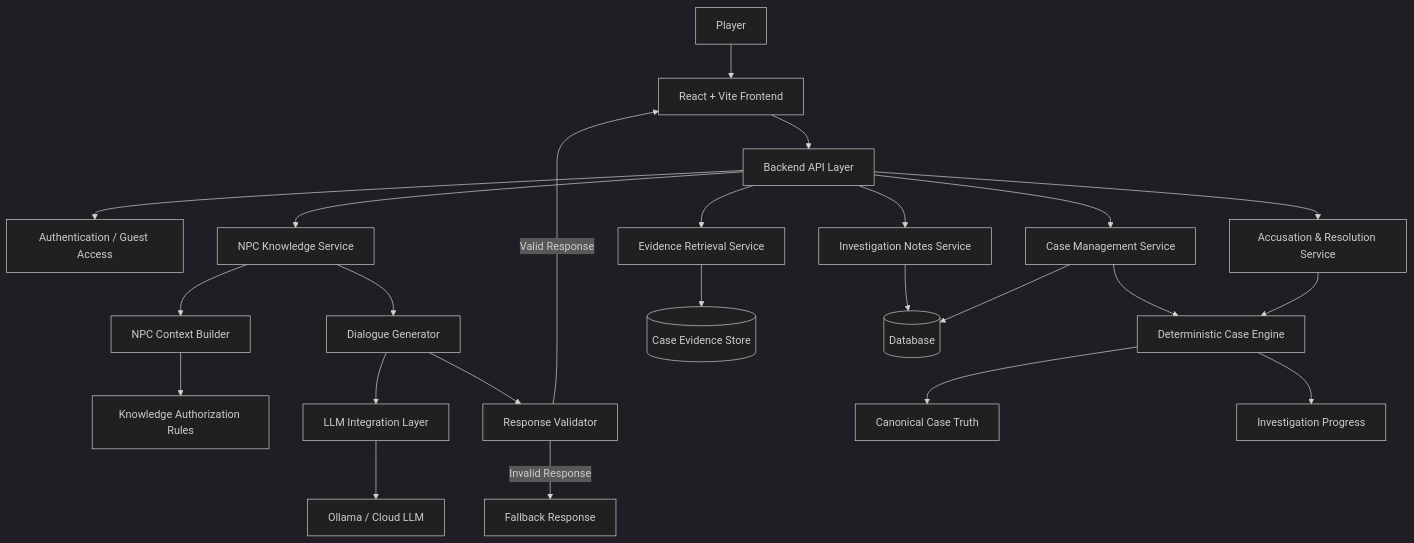
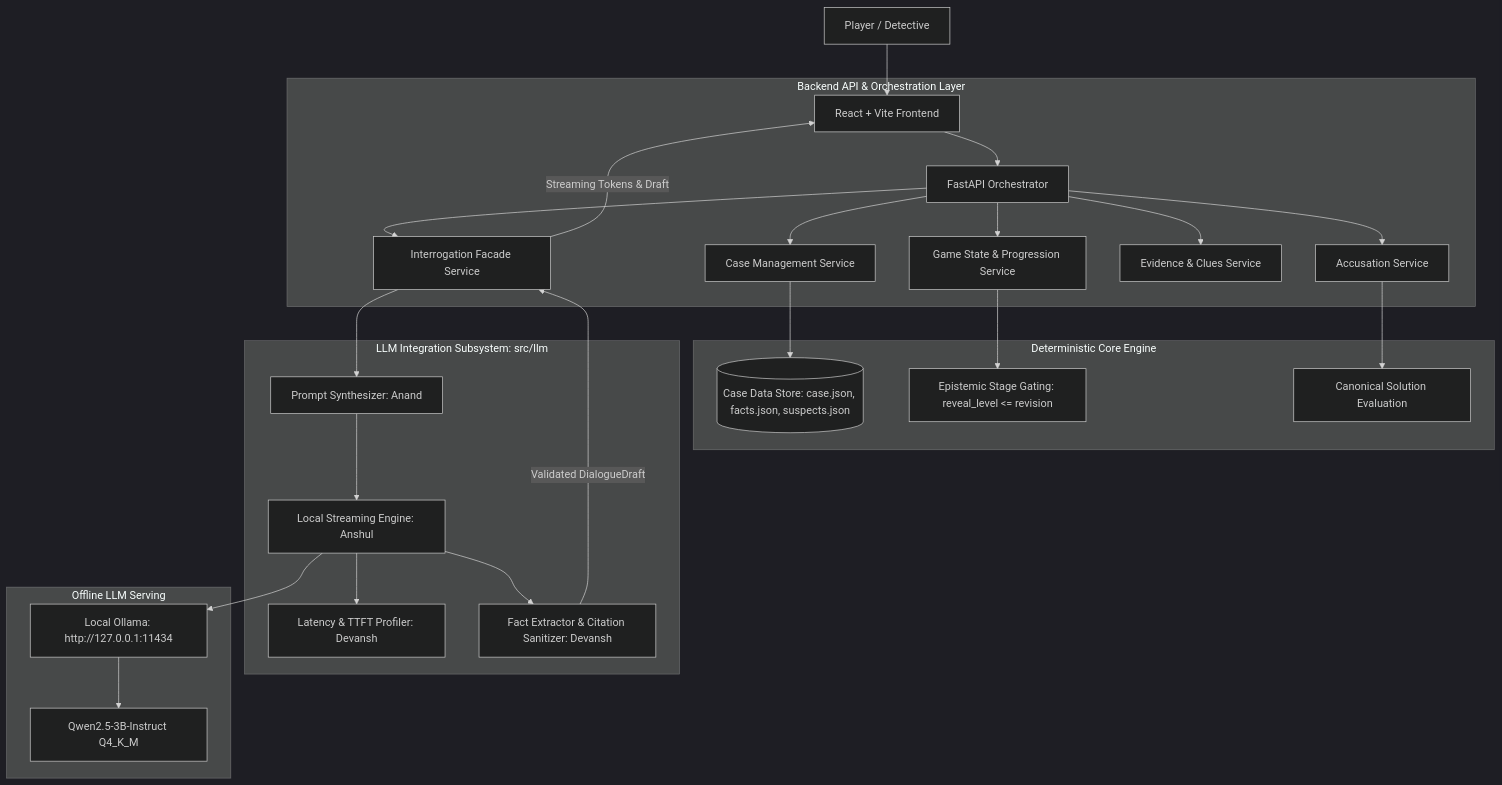
The diagram in README.md (LNCT-Quantum/red_thread), drawn with Mermaid (dark theme) before and after one commit. The commit also changed other lines of this file and 9 other files, not shown here.

Commit message:
llm integration 3 module compilation

````diff
--- a/README.md
+++ b/README.md
@@ -67,32 +58,34 @@
 ```mermaid
 flowchart TB
-    User[Player] --> UI[React + Vite Frontend]
+    User[Player / Detective] --> UI[React + Vite Frontend]
 
-    UI --> API[Backend API Layer]
-    API --> Auth[Authentication / Guest Access]
-    API --> Case[Case Management Service]
-    API --> NPC[NPC Knowledge Service]
-    API --> Evidence[Evidence Retrieval Service]
-    API --> Notes[Investigation Notes Service]
-    API --> Accusation[Accusation & Resolution Service]
+    subgraph Backend [Backend API & Orchestration Layer]
+        UI --> API[FastAPI Orchestrator]
+        API --> CaseSvc[Case Management Service]
+        API --> StateSvc[Game State & Progression Service]
+        API --> InterrogateSvc[Interrogation Facade Service]
+        API --> EvidenceSvc[Evidence & Clues Service]
+        API --> AccuseSvc[Accusation Service]
+    end
 
-    Case --> Engine[Deterministic Case Engine]
-    NPC --> Context[NPC Context Builder]
-    Context --> Rules[Knowledge Authorization Rules]
+    subgraph CaseCore [Deterministic Core Engine]
+        CaseSvc --> CaseStore[(Case Data Store: case.json, facts.json, suspects.json)]
+        StateSvc --> ProgressionRules[Epistemic Stage Gating: reveal_level <= revision]
+        AccuseSvc --> TruthValidation[Canonical Solution Evaluation]
+    end
 
-    NPC --> Dialogue[Dialogue Generator]
-    Dialogue --> LLM[LLM Integration Layer]
-    LLM --> Model[Ollama / Cloud LLM]
+    subgraph LLMSubsystem [LLM Integration Subsystem: src/llm]
+        InterrogateSvc --> Synthesizer[Prompt Synthesizer: Anand]
+        Synthesizer --> EngineRunner[Local Streaming Engine: Anshul]
+        EngineRunner --> Profiler[Latency & TTFT Profiler: Devansh]
+        EngineRunner --> Extractor[Fact Extractor & Citation Sanitizer: Devansh]
+    end
 
-    Dialogue --> Validator[Response Validator]
-    Validator -->|Valid Response| UI
-    Validator -->|Invalid Response| Fallback[Fallback Response]
+    subgraph LocalInference [Offline LLM Serving]
+        EngineRunner --> Ollama[Local Ollama: http://127.0.0.1:11434]
+        Ollama --> Model[Qwen2.5-3B-Instruct Q4_K_M]
+    end
 
-    Evidence --> Store[(Case Evidence Store)]
-    Notes --> DB[(Database)]
-    Case --> DB
-    Accusation --> Engine
-
-    Engine --> Truth[Canonical Case Truth]
-    Engine --> Progress[Investigation Progress]
+    Extractor -->|Validated DialogueDraft| InterrogateSvc
+    InterrogateSvc -->|Streaming Tokens & Draft| UI
 ```
````
